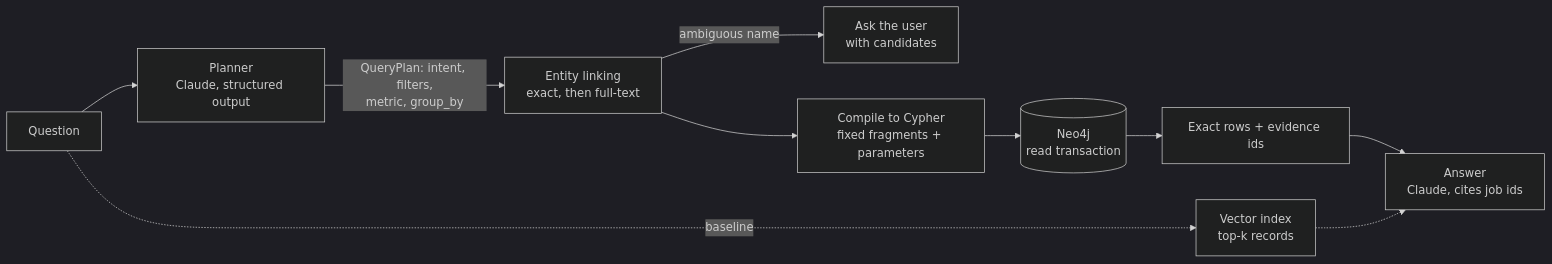
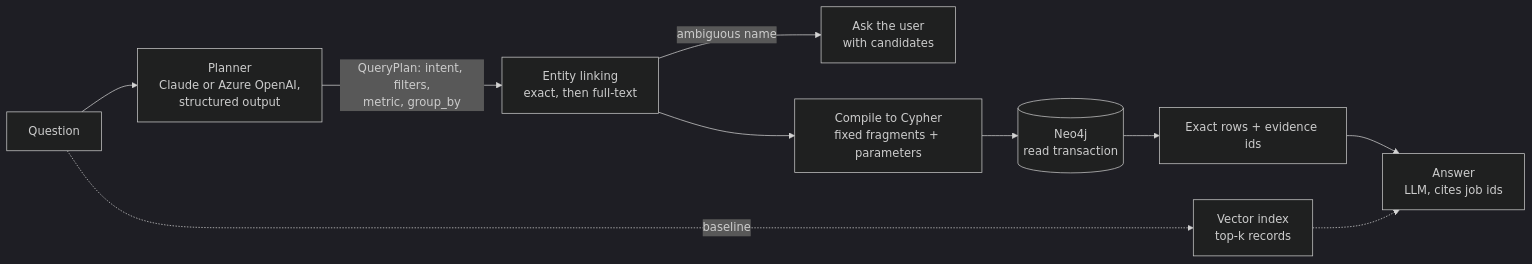
Before and after one commit to MurtazaBhutta/graphrag-neo4j: the diagram in README.md, drawn with Mermaid (dark theme). The commit also changed other lines of this file and 9 other files, not shown here.

First line of the commit message:
Add Azure OpenAI as a second model provider

````diff
--- a/README.md
+++ b/README.md
@@ -73,11 +73,11 @@
 ```mermaid
 flowchart LR
-    Q[Question] --> P[Planner<br/>Claude, structured output]
+    Q[Question] --> P[Planner<br/>Claude or Azure OpenAI,<br/>structured output]
     P -->|QueryPlan: intent, filters,<br/>metric, group_by| L[Entity linking<br/>exact, then full-text]
     L -->|ambiguous name| C[Ask the user<br/>with candidates]
     L --> X[Compile to Cypher<br/>fixed fragments + parameters]
     X --> N[(Neo4j<br/>read transaction)]
     N --> R[Exact rows + evidence ids]
-    R --> A[Answer<br/>Claude, cites job ids]
+    R --> A[Answer<br/>LLM, cites job ids]
     Q -.->|baseline| V[Vector index<br/>top-k records] -.-> A
 ```
````
